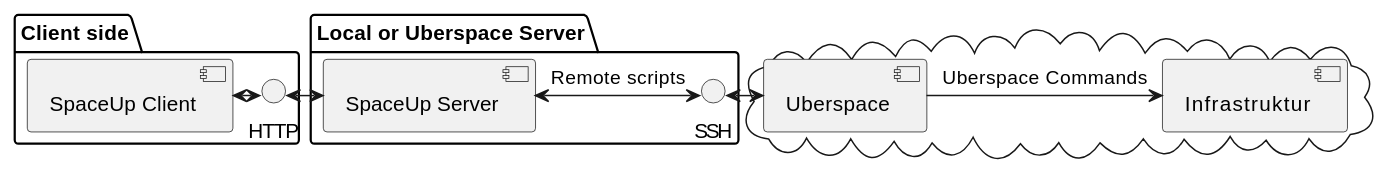
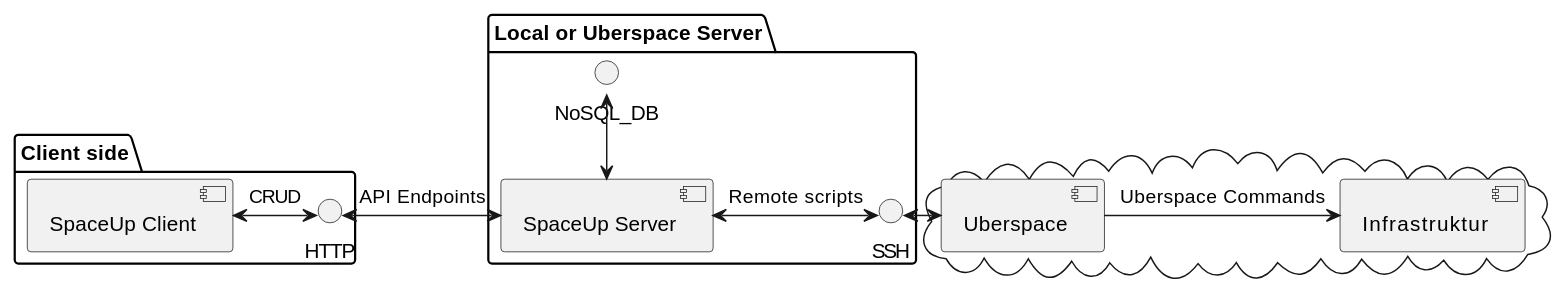
Before and after one commit to SpaceUp-Cloud/SpaceUp-Server: the diagram in src/main/resources/docs/asciidoc/index.adoc, drawn with PlantUML. The commit also changed other lines of this file and 1 other file, not shown here.

```diff
--- a/src/main/resources/docs/asciidoc/index.adoc
+++ b/src/main/resources/docs/asciidoc/index.adoc
@@ -107,17 +166,19 @@
 [plantuml, architecture-diagram, svg, opts=inline]
 ----
 !pragma layout smetana
+
 package "Client side" {
-    [SpaceUp Client] <-> HTTP
+    [SpaceUp Client] <-> HTTP : "CRUD"
 }
 
 package "Local or Uberspace Server" {
     SSH <-left-> [SpaceUp Server] : Remote scripts
-    HTTP <-left-> [SpaceUp Server]
+    HTTP <-left-> [SpaceUp Server] : "API Endpoints"
+    [SpaceUp Server] <-up-> NoSQL_DB
 }
 
 cloud {
     SSH <-right-> [Uberspace] : ""
     [Infrastruktur] <-left- [Uberspace] : Uberspace Commands
 }
 ----
```
